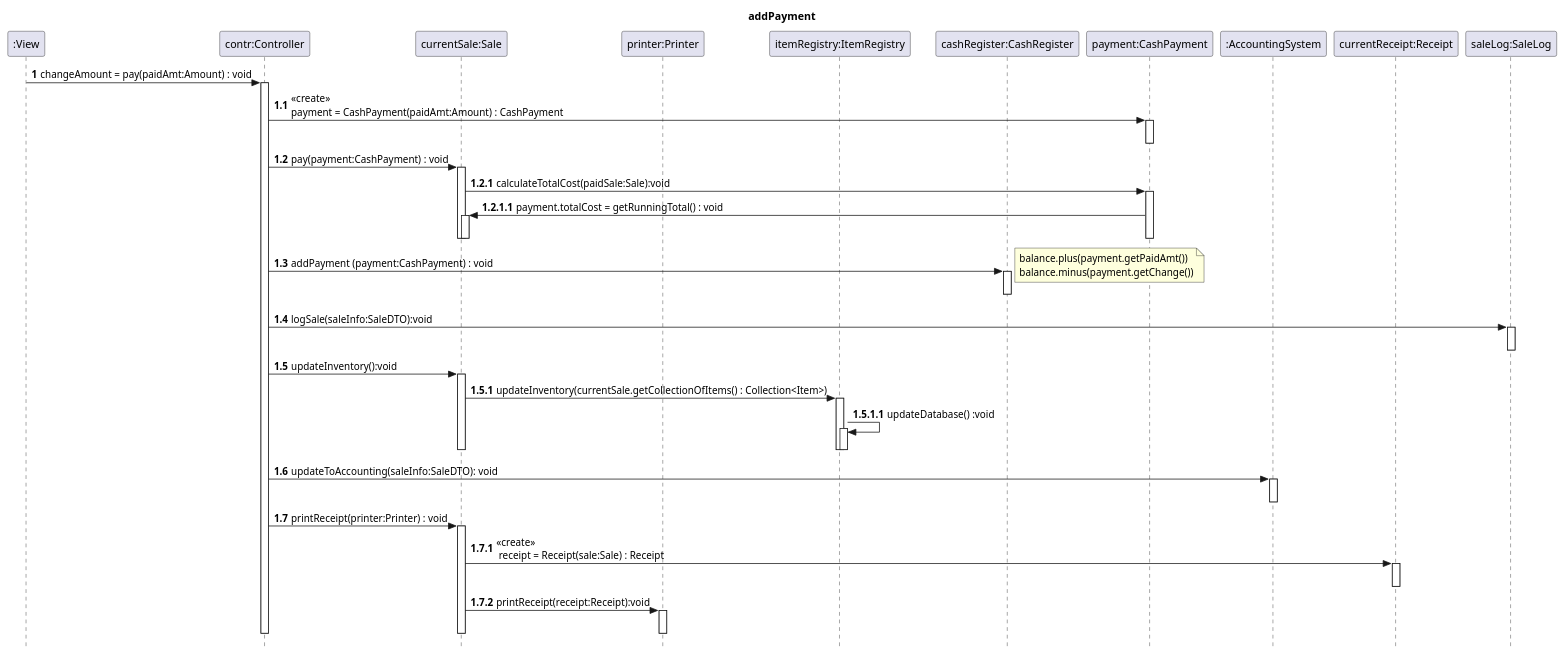
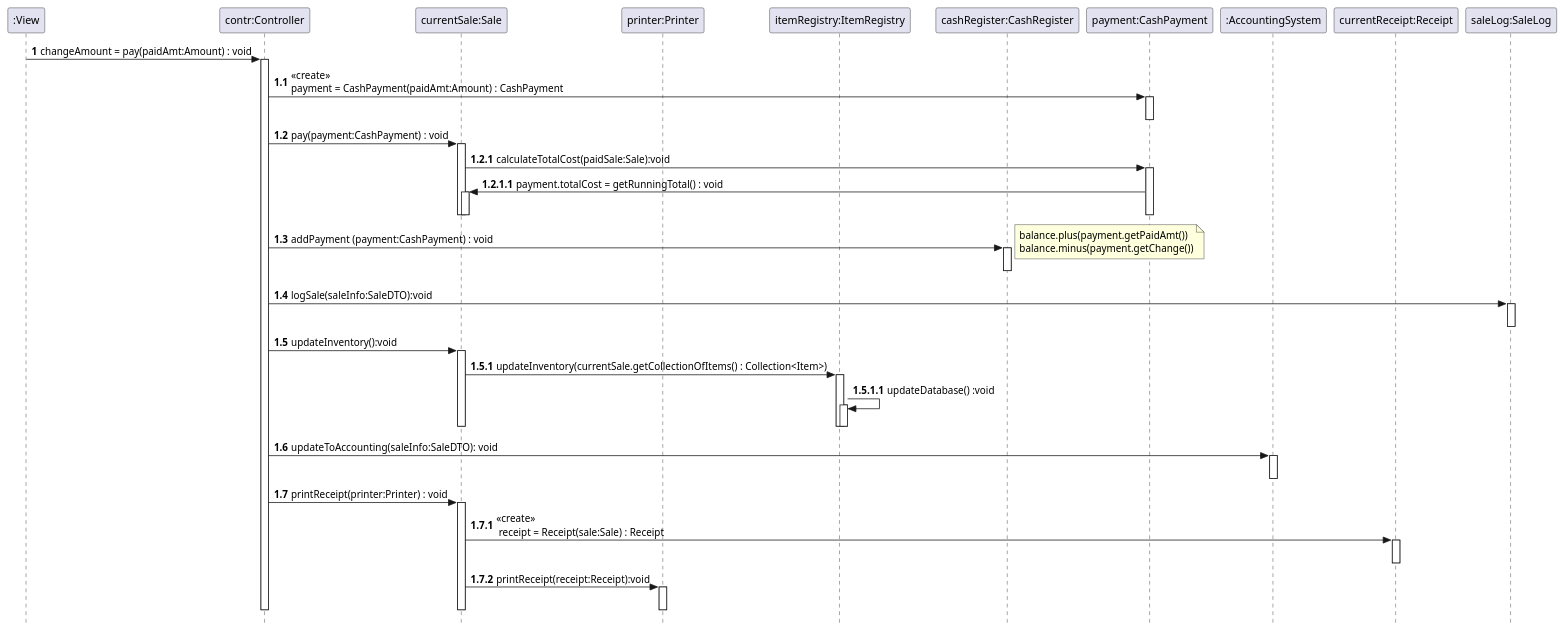
Before and after one commit to blomquiste/kth-iv1350-POS: the eighth of 8 diagrams in uml/uml_v3.puml, drawn with PlantUML. The commit also changed other lines of this file and 7 other files, not shown here.

```diff
--- a/uml/uml_v3.puml
+++ b/uml/uml_v3.puml
@@ -525,80 +525,80 @@
 @startuml
 skinparam style strictuml
-title addPayment
+'title addPayment
 
 participant ":View" as View
 participant "contr:Controller" as contr
 participant "currentSale:Sale" as currentSale
 participant "printer:Printer" as printer
 participant "itemRegistry:ItemRegistry" as itemRegistry
 participant "cashRegister:CashRegister" as cashRegister
 participant "payment:CashPayment" as payment
 participant ":AccountingSystem" as AccountingSystem
 participant "currentReceipt:Receipt" as currentReceipt
 participant "saleLog:SaleLog" as saleLog
 
 
 autonumber 1
 'View -> contr : changeAmount = pay(payment:CashPayment) : Amount
 View -> contr : changeAmount = pay(paidAmt:Amount) : void
 activate contr
 autonumber 1.1
 contr -> payment : <<create>> \npayment = CashPayment(paidAmt:Amount) : CashPayment
 activate payment
 deactivate payment
 autonumber 1.2
 contr -> currentSale : pay(payment:CashPayment) : void
 activate currentSale
 autonumber 1.2.1
 currentSale -> payment : calculateTotalCost(paidSale:Sale):void
 activate payment
 autonumber 1.2.1.1
 payment -> currentSale : payment.totalCost = getRunningTotal() : void
 activate currentSale
 deactivate currentSale
 deactivate payment
 deactivate currentSale
 autonumber 1.3
 contr -> cashRegister : addPayment (payment:CashPayment) : void
 activate cashRegister
 autonumber 1.3.1
 note right : balance.plus(payment.getPaidAmt())\nbalance.minus(payment.getChange())
 deactivate cashRegister
 
 
 autonumber 1.4
 contr -> saleLog:logSale(saleInfo:SaleDTO):void
 activate saleLog
 deactivate saleLog
 
 autonumber 1.5
 contr -> currentSale : updateInventory():void
 activate currentSale
 autonumber 1.5.1
 currentSale -> itemRegistry : updateInventory(currentSale.getCollectionOfItems() : Collection<Item>)
 activate itemRegistry
 autonumber 1.5.1.1
 itemRegistry -> itemRegistry : updateDatabase() :void
 activate itemRegistry
 deactivate itemRegistry
 deactivate itemRegistry
 deactivate currentSale
 autonumber 1.6
 contr -> AccountingSystem : updateToAccounting(saleInfo:SaleDTO): void
 activate AccountingSystem
 deactivate AccountingSystem
 autonumber 1.7
 contr -> currentSale : printReceipt(printer:Printer) : void
 activate currentSale
 autonumber 1.7.1
 currentSale -> currentReceipt : <<create>>\n receipt = Receipt(sale:Sale) : Receipt
 activate currentReceipt
 deactivate currentReceipt
 autonumber 1.7.2
 currentSale -> printer :printReceipt(receipt:Receipt):void
 activate printer
 deactivate printer
 deactivate currentSale
 deactivate contr
 autonumber stop
 @enduml
```
